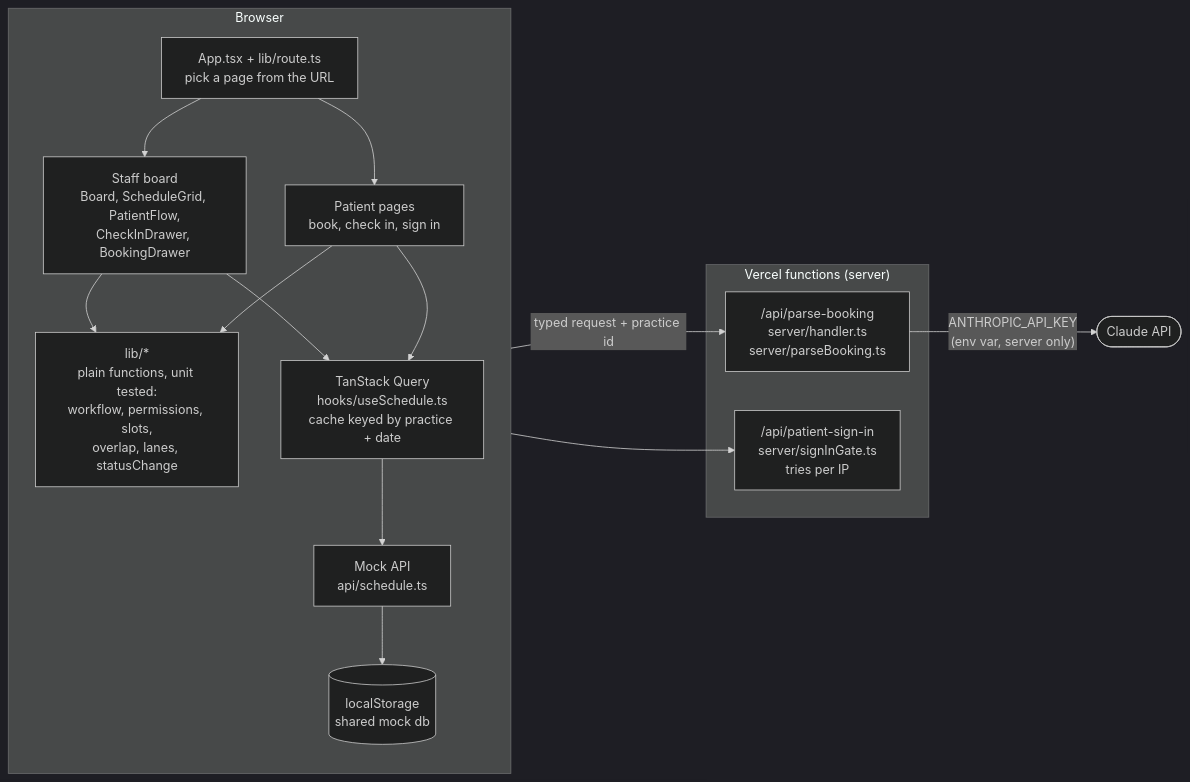
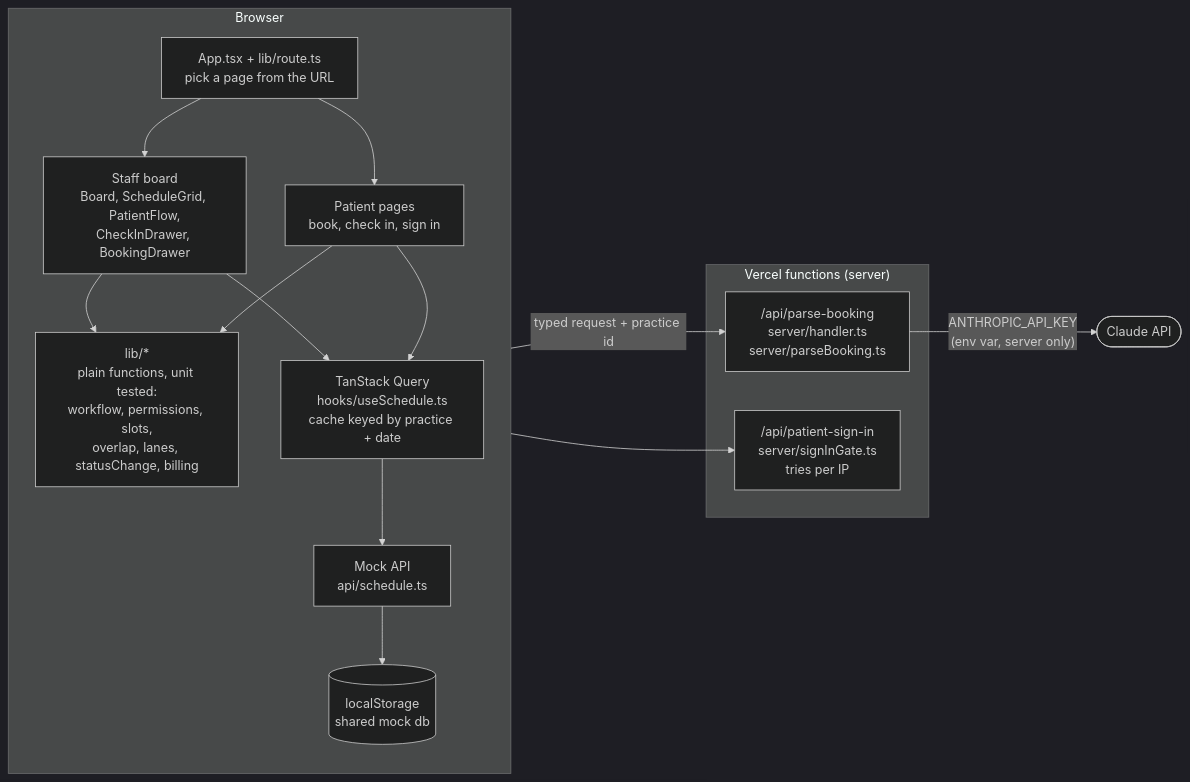
One commit to Dayshawn21/front-desk-board changed the first of 4 diagrams in docs/ARCHITECTURE.md. Above: the diagram before and after it, drawn with Mermaid (dark theme). The commit also changed other lines of this file and 6 other files, not shown here.

````diff
--- a/docs/ARCHITECTURE.md
+++ b/docs/ARCHITECTURE.md
@@ -16,33 +16,33 @@
 ```mermaid
 flowchart LR
   subgraph Browser
     direction TB
     Route["App.tsx + lib/route.ts<br/>pick a page from the URL"]
     Staff["Staff board<br/>Board, ScheduleGrid, PatientFlow,<br/>CheckInDrawer, BookingDrawer"]
     Patient["Patient pages<br/>book, check in, sign in"]
-    Logic["lib/*<br/>plain functions, unit tested:<br/>workflow, permissions, slots,<br/>overlap, lanes, statusChange"]
+    Logic["lib/*<br/>plain functions, unit tested:<br/>workflow, permissions, slots,<br/>overlap, lanes, statusChange, billing"]
     Query["TanStack Query<br/>hooks/useSchedule.ts<br/>cache keyed by practice + date"]
     Mock["Mock API<br/>api/schedule.ts"]
     Store[("localStorage<br/>shared mock db")]
 
     Route --> Staff
     Route --> Patient
     Staff --> Logic
     Patient --> Logic
     Staff --> Query
     Patient --> Query
     Query --> Mock
     Mock --> Store
   end
 
   subgraph Vercel["Vercel functions (server)"]
     Parse["/api/parse-booking<br/>server/handler.ts<br/>server/parseBooking.ts"]
     Gate["/api/patient-sign-in<br/>server/signInGate.ts<br/>tries per IP"]
   end
 
   Claude(["Claude API"])
 
   Staff -- "typed request + practice id" --> Parse
   Parse -- "ANTHROPIC_API_KEY<br/>(env var, server only)" --> Claude
   Patient --> Gate
 ```
````
